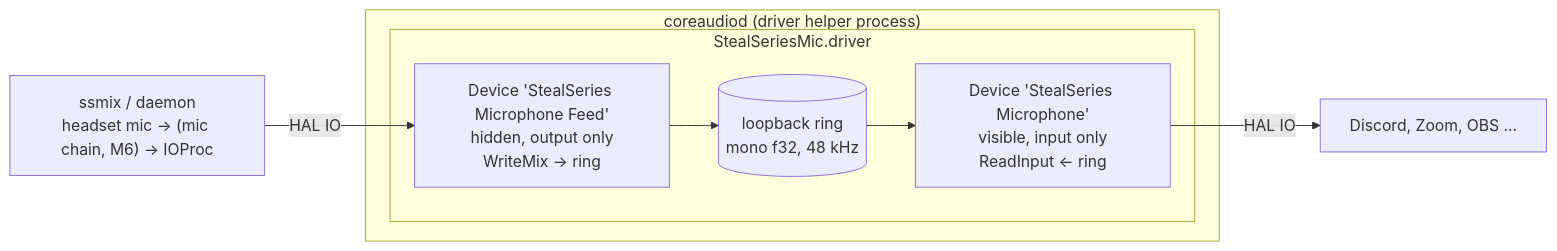
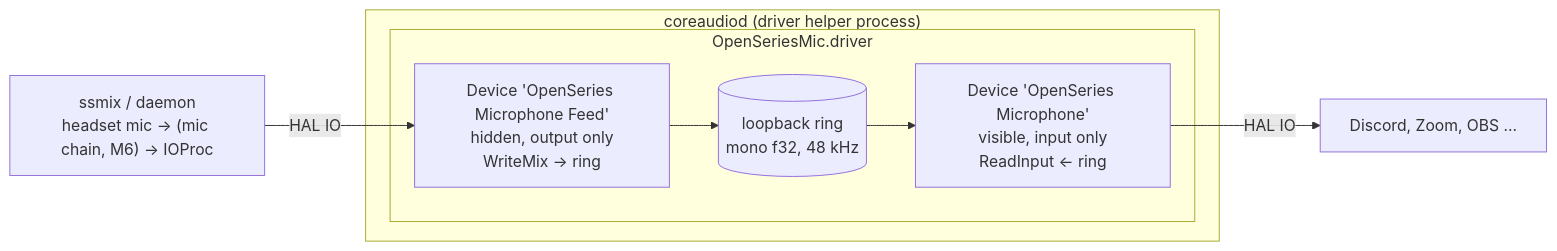
One commit to leonseemann/openseries changed the diagram in docs/architecture/virtual-mic-driver.md. Above: the diagram before and after it, drawn with Mermaid. The commit also changed other lines of this file and 209 other files, not shown here.

First line of the commit message:
refactor!: rename StealSeries to OpenSeries

````diff
--- a/docs/architecture/virtual-mic-driver.md
+++ b/docs/architecture/virtual-mic-driver.md
@@ -19,13 +19,13 @@
 ```mermaid
 flowchart LR
   subgraph coreaudiod["coreaudiod (driver helper process)"]
-    subgraph plugin["StealSeriesMic.driver"]
-      FEED["Device 'StealSeries Microphone Feed'<br/>hidden, output only<br/>WriteMix → ring"]
+    subgraph plugin["OpenSeriesMic.driver"]
+      FEED["Device 'OpenSeries Microphone Feed'<br/>hidden, output only<br/>WriteMix → ring"]
       RING[("loopback ring<br/>mono f32, 48 kHz")]
-      MIC["Device 'StealSeries Microphone'<br/>visible, input only<br/>ReadInput ← ring"]
+      MIC["Device 'OpenSeries Microphone'<br/>visible, input only<br/>ReadInput ← ring"]
       FEED --> RING --> MIC
     end
   end
   DAEMON["ssmix / daemon<br/>headset mic → (mic chain, M6) → IOProc"] -->|"HAL IO"| FEED
   MIC -->|"HAL IO"| APPS["Discord, Zoom, OBS …"]
 ```
````
